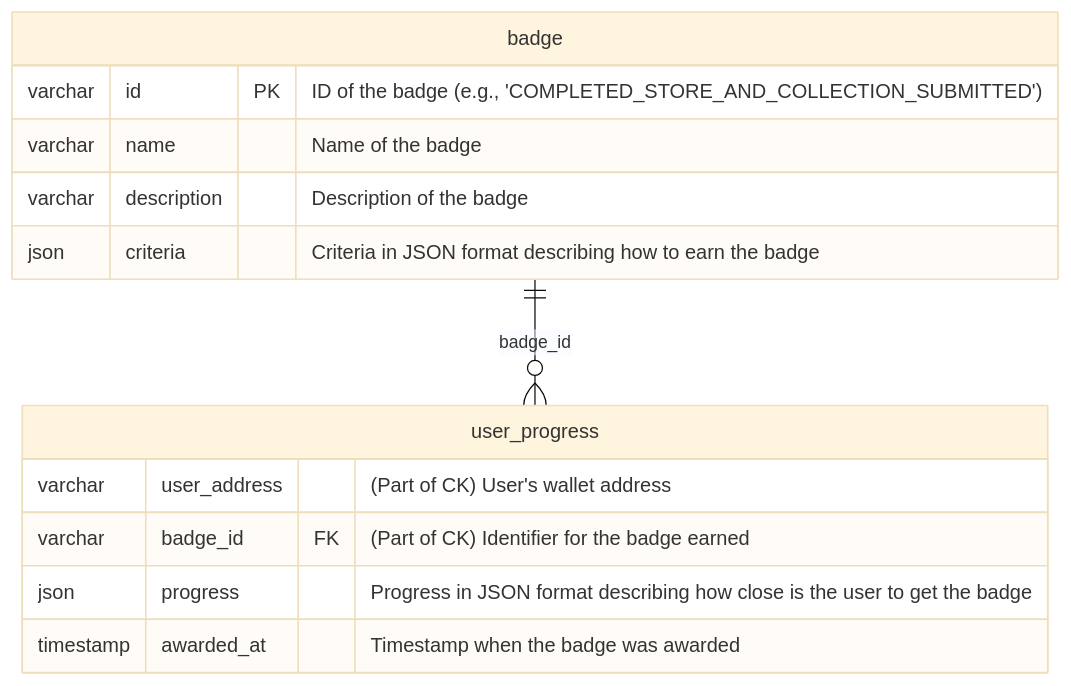
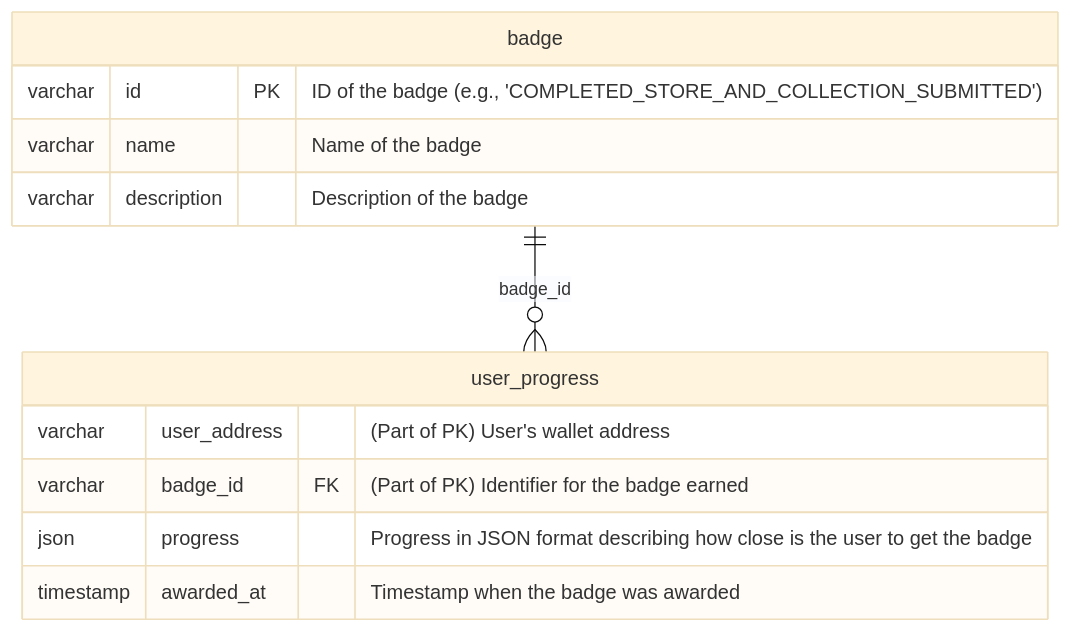
One commit to decentraland/badges changed the diagram in README.md. Above: the diagram before and after it, drawn with Mermaid (base theme). The commit also changed 6 other files, not shown here.

````diff
--- a/README.md
+++ b/README.md
@@ -5,17 +5,16 @@
 ```mermaid
 erDiagram
     user_progress {
-        varchar user_address "(Part of CK) User's wallet address"
-        varchar badge_id FK "(Part of CK) Identifier for the badge earned"
+        varchar user_address "(Part of PK) User's wallet address"
+        varchar badge_id FK "(Part of PK) Identifier for the badge earned"
         json progress "Progress in JSON format describing how close is the user to get the badge"
         timestamp awarded_at "Timestamp when the badge was awarded"
     }
     badge {
         varchar id PK "ID of the badge (e.g., 'COMPLETED_STORE_AND_COLLECTION_SUBMITTED')"
         varchar name "Name of the badge"
         varchar description "Description of the badge"
-        json criteria "Criteria in JSON format describing how to earn the badge"
     }
 
     badge ||--o{ user_progress : "badge_id"
 ```
````
